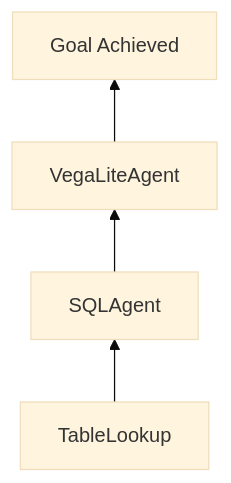
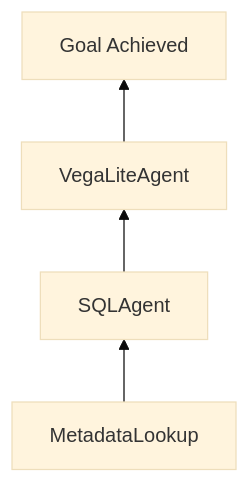
The second of 2 diagrams in docs/configuration/coordinators.md (holoviz/lumen), drawn with Mermaid (base theme) before and after one commit. The commit also changed other lines of this file and 3 other files, not shown here.

````diff
--- a/docs/configuration/coordinators.md
+++ b/docs/configuration/coordinators.md
@@ -123,6 +123,6 @@
 ``` mermaid
 graph BT
-    A[TableLookup] --> B[SQLAgent]
+    A[MetadataLookup] --> B[SQLAgent]
     B --> C[VegaLiteAgent]
     C --> D[Goal Achieved]
 ```
````
